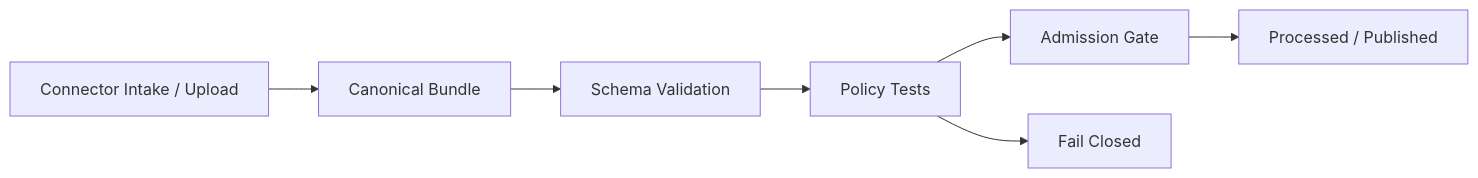
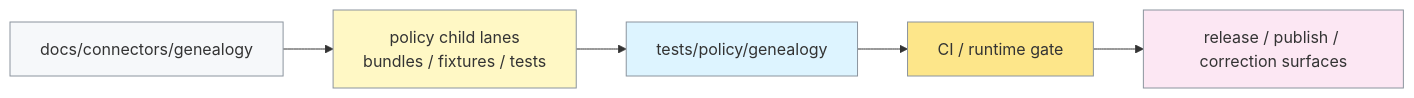
One commit to bartytime4life/Kansas-Frontier-Matrix changed the diagram in tests/policy/genealogy/README.md. Above: the diagram before and after it, drawn with Mermaid. The commit also changed other lines of this file, not shown here.

````diff
--- a/tests/policy/genealogy/README.md
+++ b/tests/policy/genealogy/README.md
@@ -566,9 +280,13 @@
 ```mermaid
 flowchart LR
-  A[Connector Intake / Upload] --> B[Canonical Bundle]
-  B --> C[Schema Validation]
-  C --> D[Policy Tests]
-  D --> E[Admission Gate]
-  E --> F[Processed / Published]
-  D --> G[Fail Closed]
+  A[docs/connectors/genealogy] --> B[policy child lanes<br/>bundles / fixtures / tests]
+  B --> C[tests/policy/genealogy]
+  C --> D[CI / runtime gate]
+  D --> E[release / publish / correction surfaces]
+
+  style A fill:#f6f8fa,stroke:#8b949e
+  style B fill:#fff8c5,stroke:#8b949e
+  style C fill:#ddf4ff,stroke:#8b949e
+  style D fill:#fde68a,stroke:#8b949e
+  style E fill:#fce7f3,stroke:#8b949e
 ```
````
